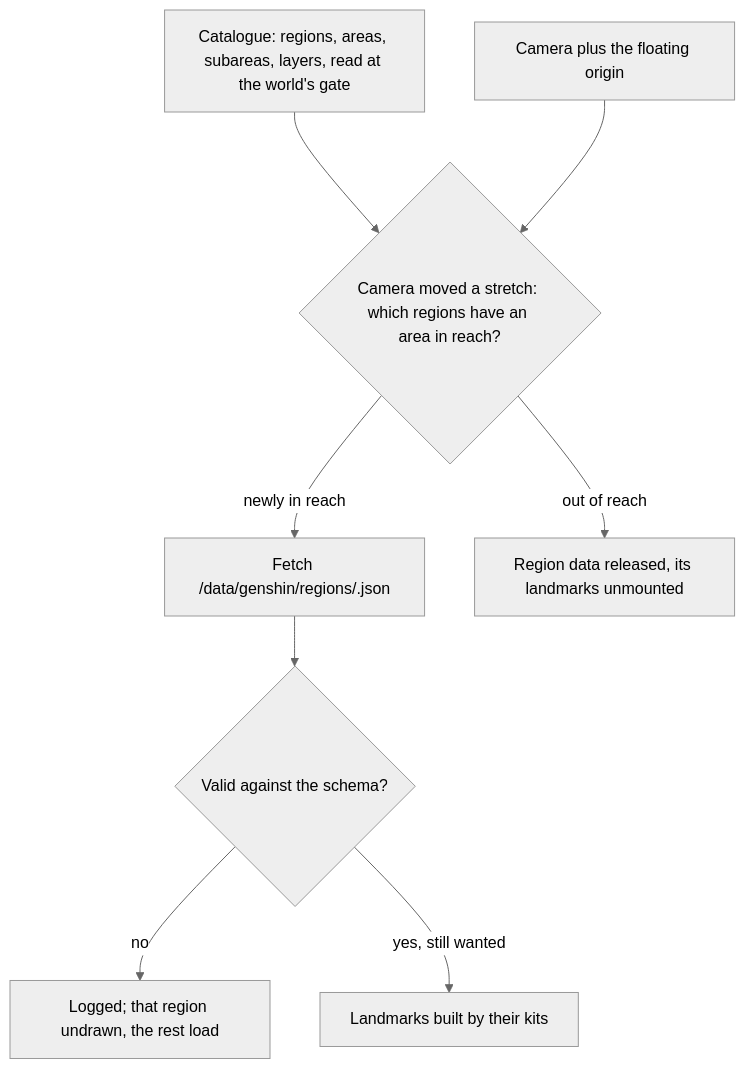
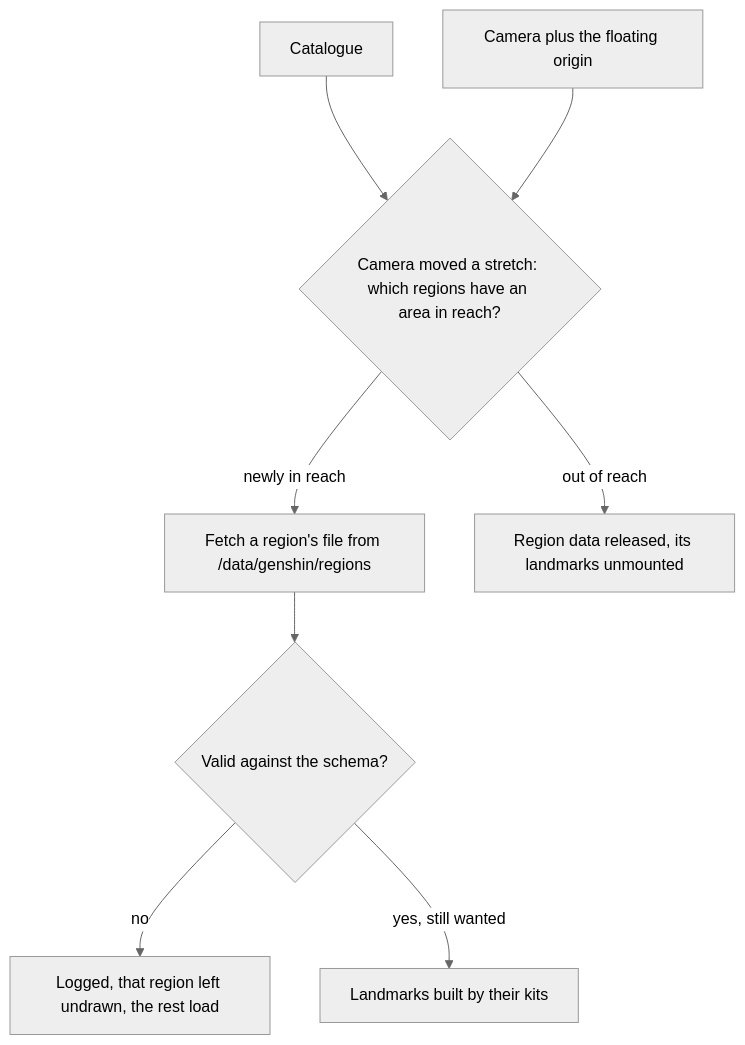
The diagram in openspec/specs/genshin/world-map/design.md (Esposter/Esposter), drawn with Mermaid (neutral theme) before and after one commit. The commit also changed other lines of this file and 12 other files, not shown here.

````diff
--- a/openspec/specs/genshin/world-map/design.md
+++ b/openspec/specs/genshin/world-map/design.md
@@ -7,10 +7,10 @@
 ```mermaid
 flowchart TD
-  CAT[Catalogue: regions, areas, subareas, layers, read at the world's gate] --> R{Camera moved a stretch: which regions have an area in reach?}
+  CAT[Catalogue] --> R{Camera moved a stretch: which regions have an area in reach?}
   CAM[Camera plus the floating origin] --> R
-  R -->|newly in reach| F["Fetch /data/genshin/regions/<region>.json"]
+  R -->|newly in reach| F["Fetch a region's file from /data/genshin/regions"]
   F --> Z{Valid against the schema?}
-  Z -->|no| ERR[Logged; that region undrawn, the rest load]
+  Z -->|no| ERR[Logged, that region left undrawn, the rest load]
   Z -->|yes, still wanted| USE[Landmarks built by their kits]
   R -->|out of reach| DROP[Region data released, its landmarks unmounted]
 ```
````
